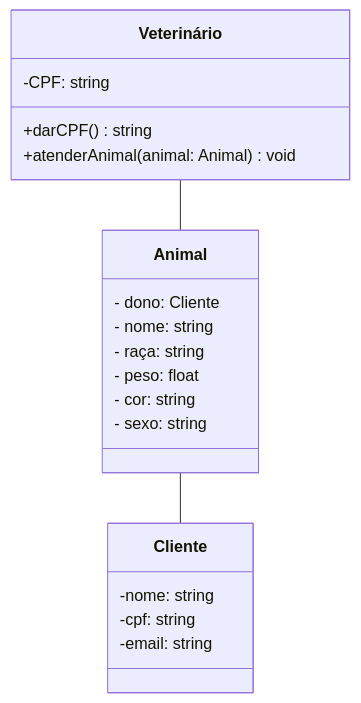
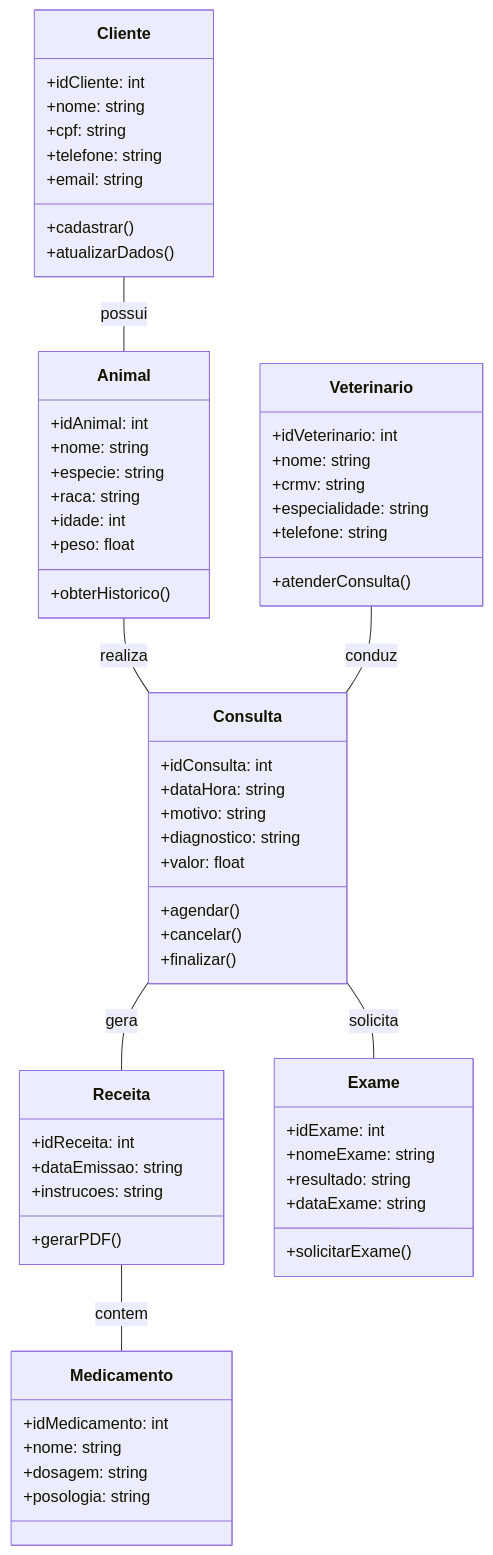
One commit to EzequiasNunesBarcelos/trabalho-engenharia-software changed the second of 2 diagrams in README.md. Above: the diagram before and after it, drawn with Mermaid. The commit also changed other lines of this file, not shown here.

````diff
--- a/README.md
+++ b/README.md
@@ -33,37 +86,76 @@
 ```mermaid
 classDiagram
-    class Veterinário  {
-        %%atrbutos: caracteristicas que serão
-        %% armazenadas no sistema
-        -CPF: string
-        %% métodos: ações que serão desempenhadas
-        %% por essa entidade no sistema
-        +darCPF() string
-        +atenderAnimal(animal: Animal) void
-    }
-    Veterinário -- Animal
-    Animal -- Cliente
-    class Animal {
-        - dono: Cliente
-        - nome: string
-        - raça: string
-        - peso: float
-        - cor: string
-        - sexo: string
-
+    class Cliente {
+        +idCliente: int
+        +nome: string
+        +cpf: string
+        +telefone: string
+        +email: string
+        +cadastrar()
+        +atualizarDados()
     }
 
-    class Cliente {
-        -nome: string
-        -cpf: string
-        -email: string
-
+    class Animal {
+        +idAnimal: int
+        +nome: string
+        +especie: string
+        +raca: string
+        +idade: int
+        +peso: float
+        +obterHistorico()
     }
 
+    class Veterinario {
+        +idVeterinario: int
+        +nome: string
+        +crmv: string
+        +especialidade: string
+        +telefone: string
+        +atenderConsulta()
+    }
 
+    class Consulta {
+        +idConsulta: int
+        +dataHora: string
+        +motivo: string
+        +diagnostico: string
+        +valor: float
+        +agendar()
+        +cancelar()
+        +finalizar()
+    }
+
+    class Receita {
+        +idReceita: int
+        +dataEmissao: string
+        +instrucoes: string
+        +gerarPDF()
+    }
+
+    class Medicamento {
+        +idMedicamento: int
+        +nome: string
+        +dosagem: string
+        +posologia: string
+    }
+
+    class Exame {
+        +idExame: int
+        +nomeExame: string
+        +resultado: string
+        +dataExame: string
+        +solicitarExame()
+    }
+
+    Cliente -- Animal : possui
+    Animal -- Consulta : realiza
+    Veterinario -- Consulta : conduz
+    Consulta -- Receita : gera
+    Consulta -- Exame : solicita
+    Receita -- Medicamento : contem
     
 
     
 
     
 ```
````
